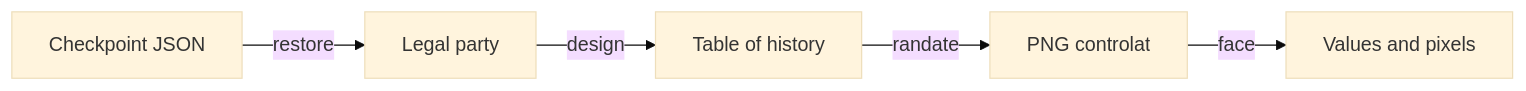
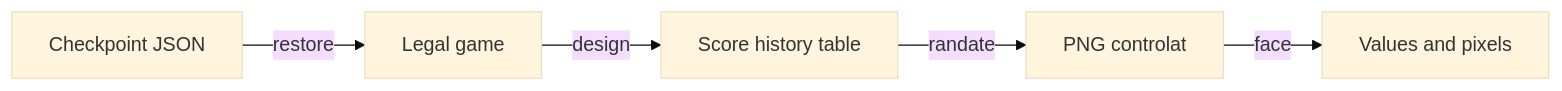
One commit to crististefanita/atf_j4 changed the diagram in whist-lab-app/app/src/rasterTest/README.md. Above: the diagram before and after it, drawn with Mermaid (base theme). The commit also changed other lines of this file and 84 other files, not shown here.

````diff
--- a/whist-lab-app/app/src/rasterTest/README.md
+++ b/whist-lab-app/app/src/rasterTest/README.md
@@ -9,7 +9,7 @@
 ```mermaid
 flowchart LR
-    STATE[Legal party] -->|design| TABLE[Table of history]
+    STATE[Legal game] -->|design| TABLE[Score history table]
     TABLE -->|randate| PNG[PNG controlat]
     PNG -->|face| ORACLE[Values and pixels]
     STORE[Checkpoint JSON] -->|restore| STATE
 ```
````
